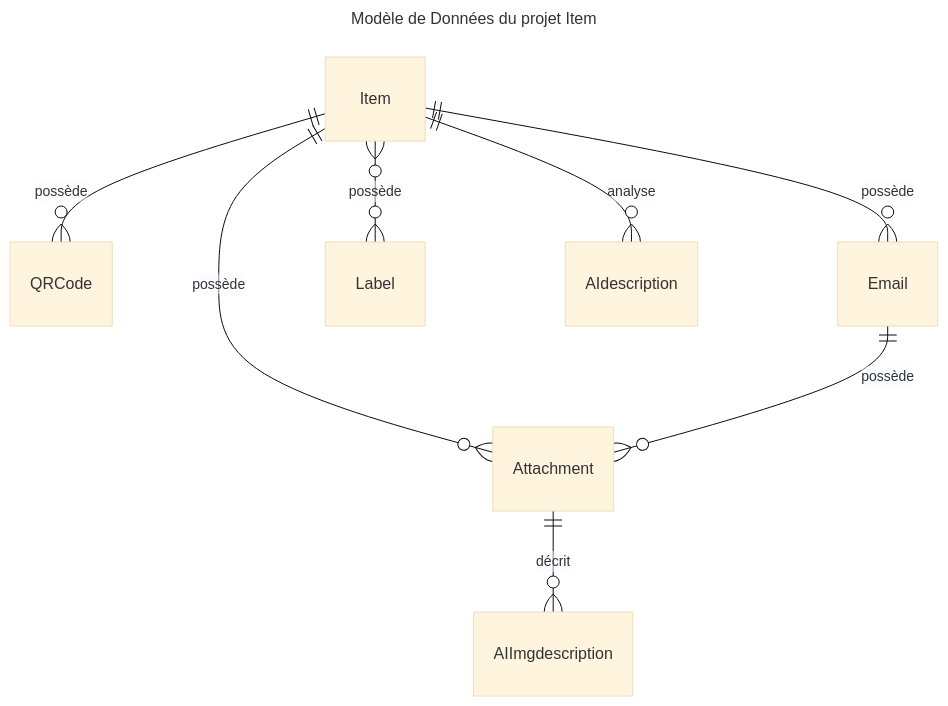
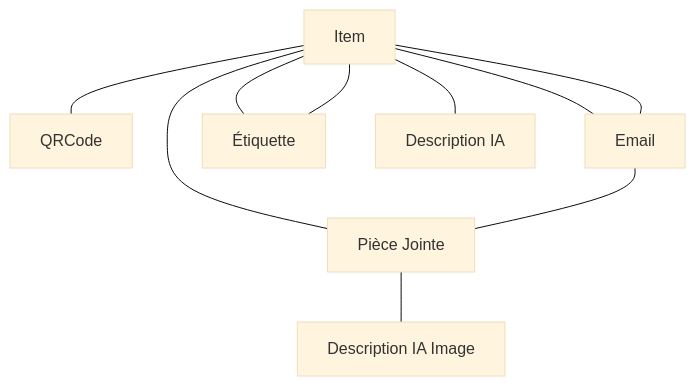
One commit to bordessoules/items changed the second of 2 diagrams in README.md. Above: the diagram before and after it, drawn with Mermaid (base theme). The commit also changed other lines of this file, not shown here.

````diff
--- a/README.md
+++ b/README.md
@@ -280,13 +278,12 @@
 ```mermaid
----
-title: Modèle de Données du projet Item
----
-erDiagram
-    Item ||--o{ QRCode : possède
-    Item ||--o{ Attachment : possède
-    Item ||--o{ Email : possède
-    Item }o--o{ Label : possède
-    Email ||--o{ Attachment : possède
-    Attachment ||--o{ AIImgdescription : décrit
-    Item ||--o{ AIdescription : analyse
+graph TD
+    Item --- QRCode
+    Item --- Attachment["Pièce Jointe"]
+    Item --- Email
+    Item --- Label["Étiquette"]
+    Email --- Attachment
+    Attachment --- AIImgdescription["Description IA Image"]
+    Item --- AIdescription["Description IA"]
+    Label --- Item
+    Email --- Item
 ```
````
